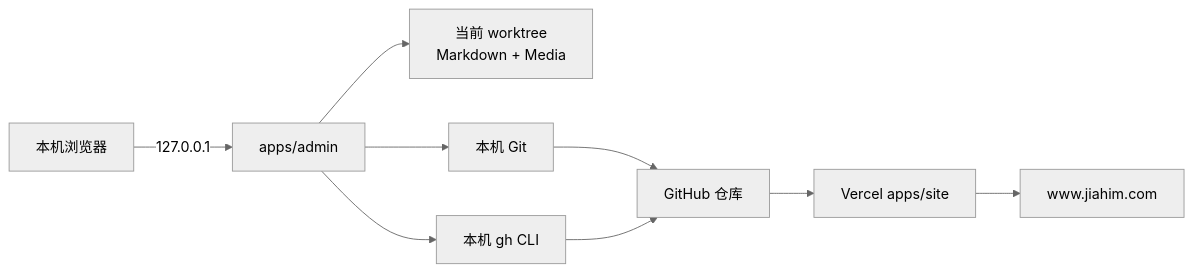
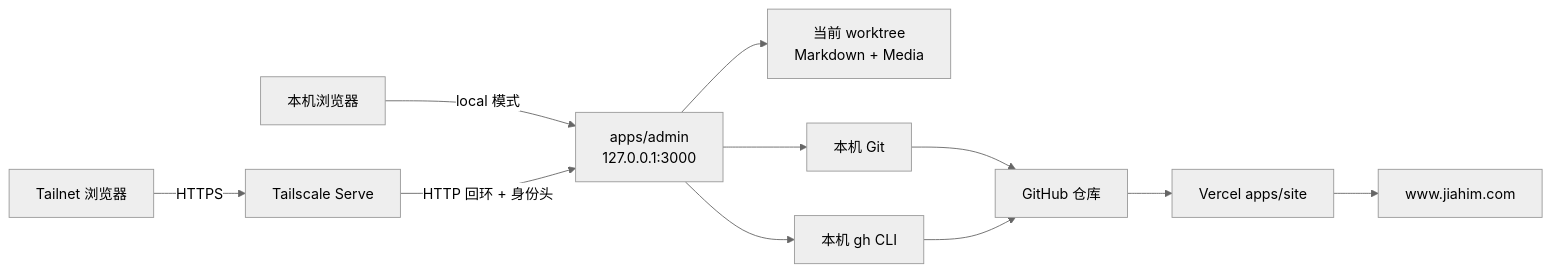
The first of 2 diagrams in specs/editorial-cms/DESIGN.md (jiahim/about-me), drawn with Mermaid (neutral theme) before and after one commit. The commit also changed other lines of this file and 16 other files, not shown here.

````diff
--- a/specs/editorial-cms/DESIGN.md
+++ b/specs/editorial-cms/DESIGN.md
@@ -20,11 +20,13 @@
 ```mermaid
 flowchart LR
-    Browser[本机浏览器] -->|127.0.0.1| Admin[apps/admin]
+    LocalBrowser[本机浏览器] -->|local 模式| Admin[apps/admin\n127.0.0.1:3000]
+    TailnetBrowser[Tailnet 浏览器] -->|HTTPS| Serve[Tailscale Serve]
+    Serve -->|HTTP 回环 + 身份头| Admin
     Admin --> Files[当前 worktree\nMarkdown + Media]
     Admin --> Git[本机 Git]
     Admin --> GHCLI[本机 gh CLI]
     Git --> Repo[GitHub 仓库]
     GHCLI --> Repo
     Repo --> Vercel[Vercel apps/site]
     Vercel --> Public[www.jiahim.com]
 ```
````
